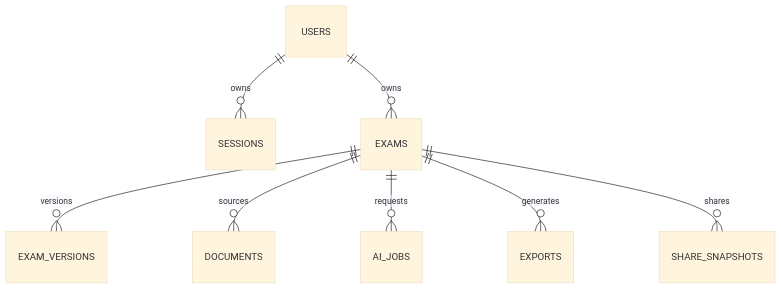
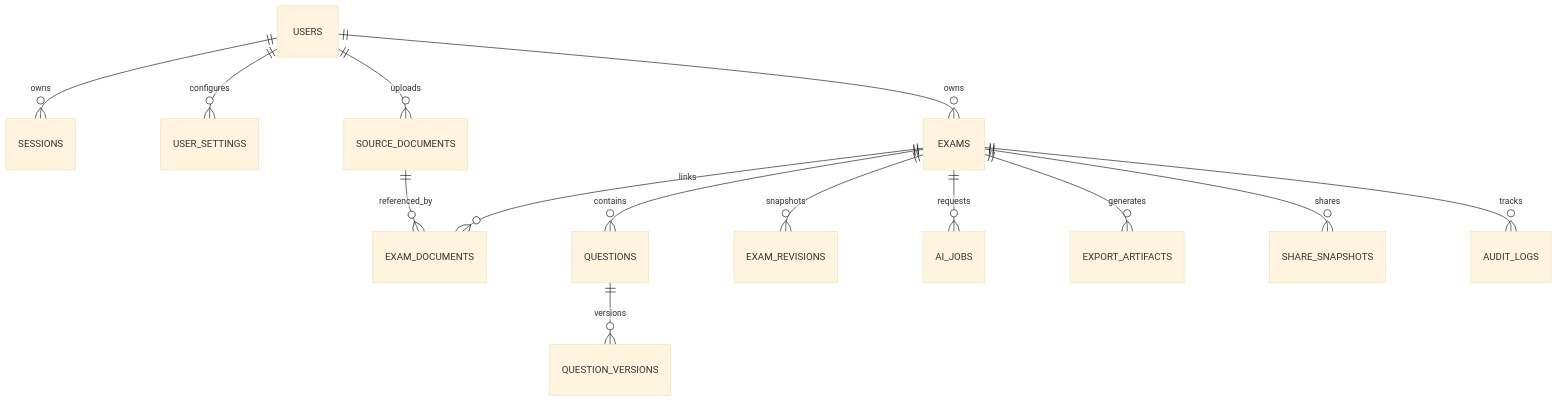
One commit to ngocthuan1505/proj_VA_soandethi changed the diagram in docs/architecture/DATA_PLAN.md. Above: the diagram before and after it, drawn with Mermaid (base theme). The commit also changed other lines of this file and 2 other files, not shown here.

Commit message:
be-3: thiết kế ERD 15 bảng, hợp đồng Python repository và kiểm chứng migration BE-3-001

````diff
--- a/docs/architecture/DATA_PLAN.md
+++ b/docs/architecture/DATA_PLAN.md
@@ -7,10 +7,16 @@
 ```mermaid
 erDiagram
- USERS ||--o{ SESSIONS : owns
- USERS ||--o{ EXAMS : owns
- EXAMS ||--o{ EXAM_VERSIONS : versions
- EXAMS ||--o{ DOCUMENTS : sources
- EXAMS ||--o{ AI_JOBS : requests
- EXAMS ||--o{ EXPORTS : generates
- EXAMS ||--o{ SHARE_SNAPSHOTS : shares
+    USERS ||--o{ SESSIONS : owns
+    USERS ||--o{ USER_SETTINGS : configures
+    USERS ||--o{ SOURCE_DOCUMENTS : uploads
+    USERS ||--o{ EXAMS : owns
+    EXAMS ||--o{ EXAM_DOCUMENTS : links
+    SOURCE_DOCUMENTS ||--o{ EXAM_DOCUMENTS : referenced_by
+    EXAMS ||--o{ QUESTIONS : contains
+    QUESTIONS ||--o{ QUESTION_VERSIONS : versions
+    EXAMS ||--o{ EXAM_REVISIONS : snapshots
+    EXAMS ||--o{ AI_JOBS : requests
+    EXAMS ||--o{ EXPORT_ARTIFACTS : generates
+    EXAMS ||--o{ SHARE_SNAPSHOTS : shares
+    EXAMS ||--o{ AUDIT_LOGS : tracks
 ```
````
